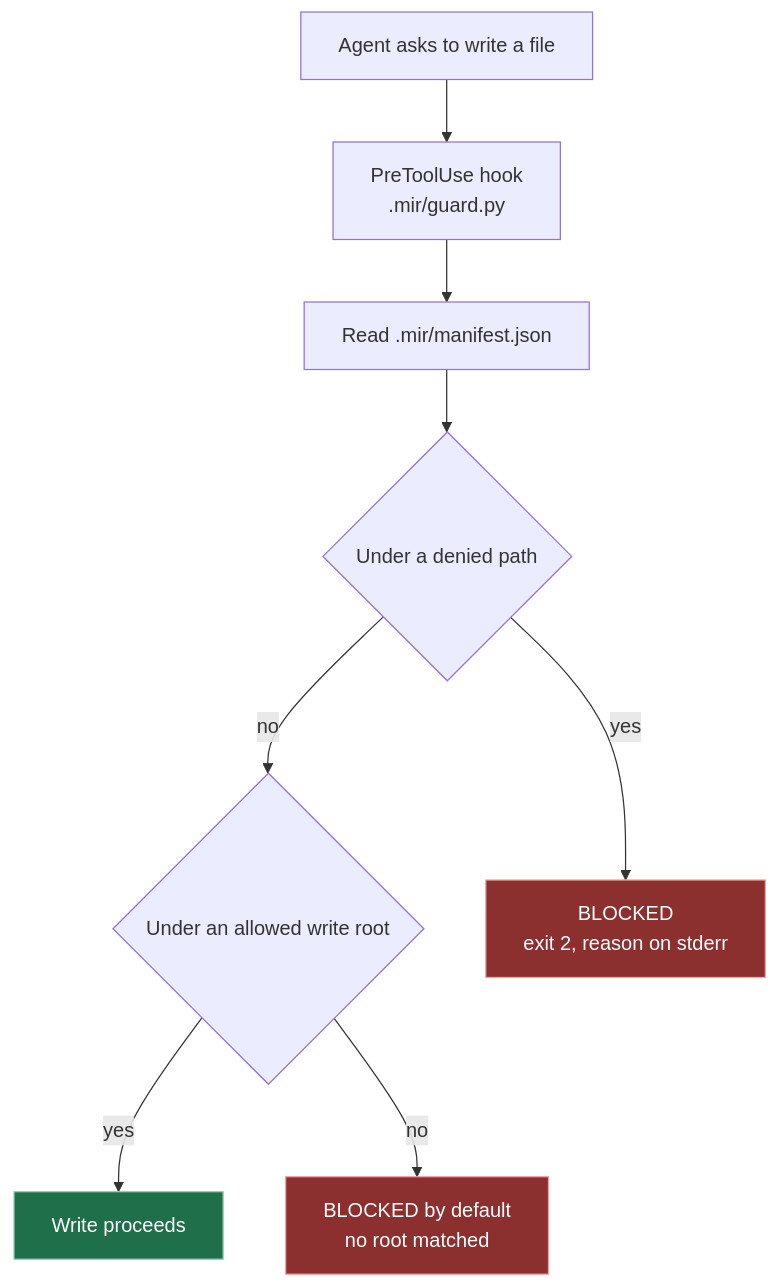
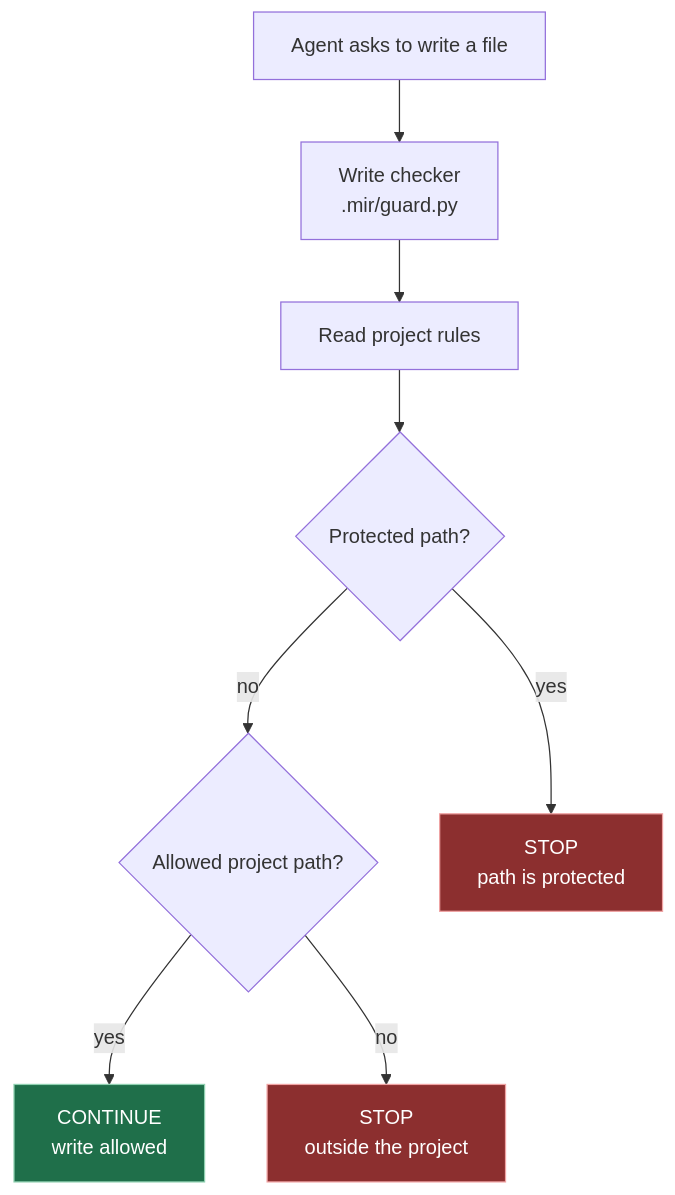
The seventh of 7 diagrams in README.md (anantbhandarkar/make-it-right), drawn with Mermaid before and after one commit. The commit also changed other lines of this file and 2 other files, not shown here.

````diff
--- a/README.md
+++ b/README.md
@@ -418,24 +493,24 @@
 ```mermaid
 flowchart TD
-    accTitle: The write policy, end to end
-    accDescr: Write policy decision flow -- a tool call reaches the PreToolUse guard, which reads the manifest, blocks anything under a denied path, allows what is under an allowed write root, and blocks everything else by default
+    accTitle: What happens before a file is written
+    accDescr: Write check flow: a file request reaches the checker, protected paths stop, allowed project paths continue, and all other paths stop
     w_call["Agent asks to write a file"]
-    w_hook["PreToolUse hook<br/>.mir/guard.py"]
-    w_policy["Read .mir/manifest.json"]
-    w_deny{"Under a denied path"}
-    w_root{"Under an allowed write root"}
-    w_blocked["BLOCKED<br/>exit 2, reason on stderr"]
-    w_default["BLOCKED by default<br/>no root matched"]
-    w_write["Write proceeds"]
+    w_hook["Write checker<br/>.mir/guard.py"]
+    w_policy["Read project rules"]
+    w_deny{"Protected path?"}
+    w_root{"Allowed project path?"}
+    w_blocked["STOP<br/>path is protected"]
+    w_default["STOP<br/>outside the project"]
+    w_write["CONTINUE<br/>write allowed"]
     w_call --> w_hook
     w_hook --> w_policy
     w_policy --> w_deny
     w_deny -->|yes| w_blocked
     w_deny -->|no| w_root
     w_root -->|yes| w_write
     w_root -->|no| w_default
     classDef allowed fill:#1f6f4a,stroke:#8fd0b0,color:#ffffff
     class w_write allowed
     classDef denied fill:#8c2f2f,stroke:#f0a3a3,color:#ffffff
     class w_blocked,w_default denied
 ```
````
